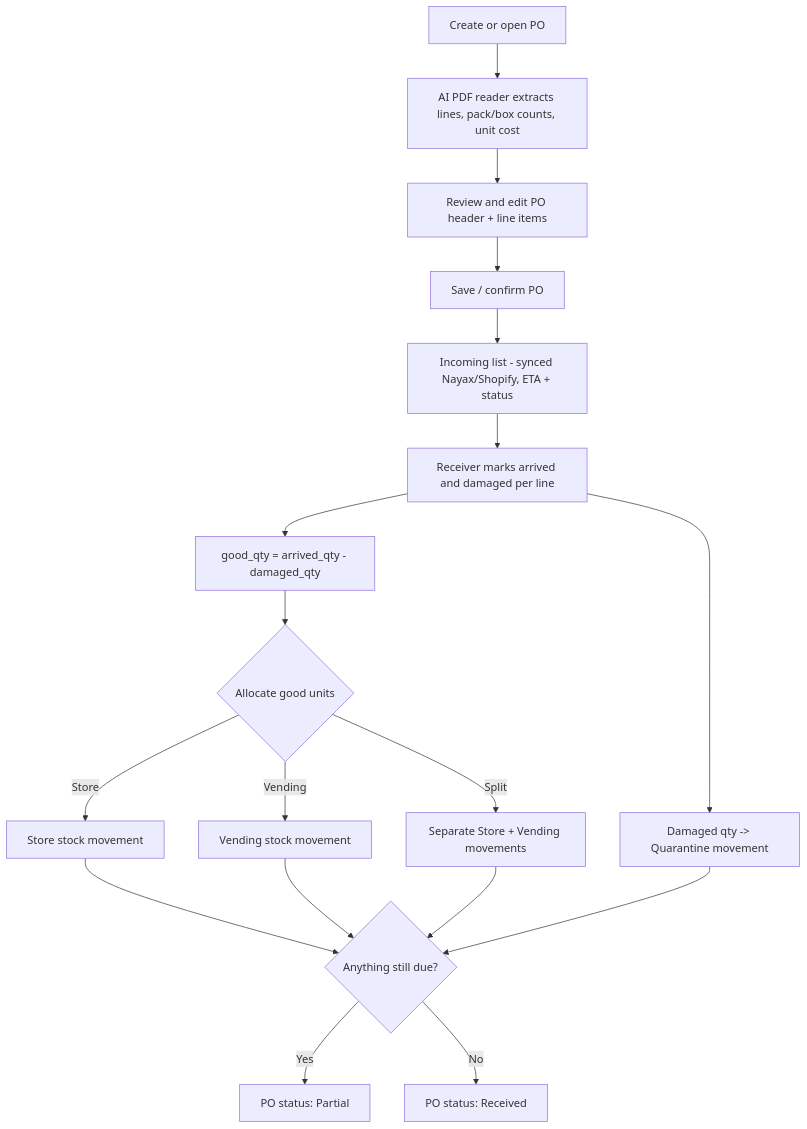
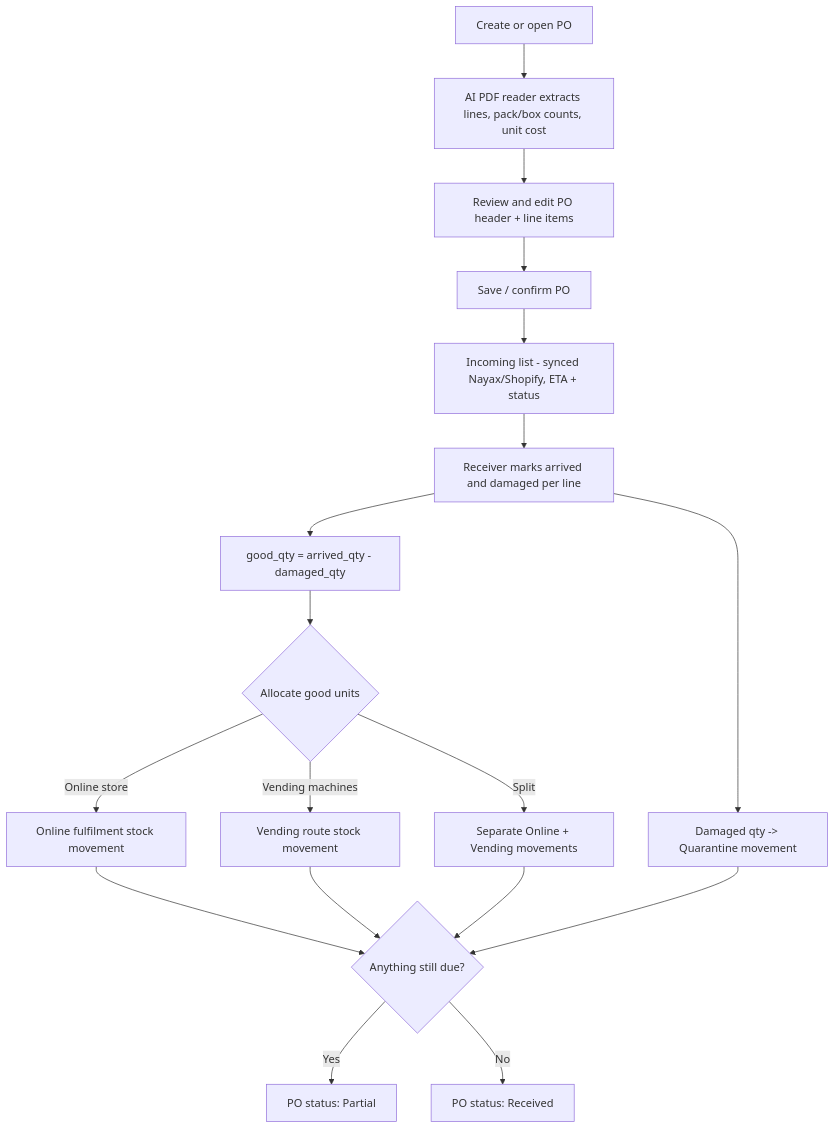
The sixth of 7 diagrams in BUILD-PLAN.md (josh441/gameguys-proposed-ui), drawn with Mermaid before and after one commit. The commit also changed other lines of this file and 11 other files, not shown here.

````diff
--- a/BUILD-PLAN.md
+++ b/BUILD-PLAN.md
@@ -247,20 +264,20 @@
 ```mermaid
 flowchart TD
   PO[Create or open PO] --> AIP[AI PDF reader extracts lines, pack/box counts, unit cost]
   AIP --> EDIT[Review and edit PO header + line items]
   EDIT --> CF[Save / confirm PO]
   CF --> INC[Incoming list - synced Nayax/Shopify, ETA + status]
   INC --> RCV[Receiver marks arrived and damaged per line]
   RCV --> GOOD[good_qty = arrived_qty - damaged_qty]
   GOOD --> ALLOC{Allocate good units}
-  ALLOC -- Store --> ST[Store stock movement]
-  ALLOC -- Vending --> VN[Vending stock movement]
-  ALLOC -- Split --> BOTH[Separate Store + Vending movements]
+  ALLOC -- Online store --> ST[Online fulfilment stock movement]
+  ALLOC -- Vending machines --> VN[Vending route stock movement]
+  ALLOC -- Split --> BOTH[Separate Online + Vending movements]
   RCV --> DMG[Damaged qty -> Quarantine movement]
   ST --> STATUS{Anything still due?}
   VN --> STATUS
   BOTH --> STATUS
   DMG --> STATUS
   STATUS -- Yes --> PART[PO status: Partial]
   STATUS -- No --> DONE[PO status: Received]
 ```
````
